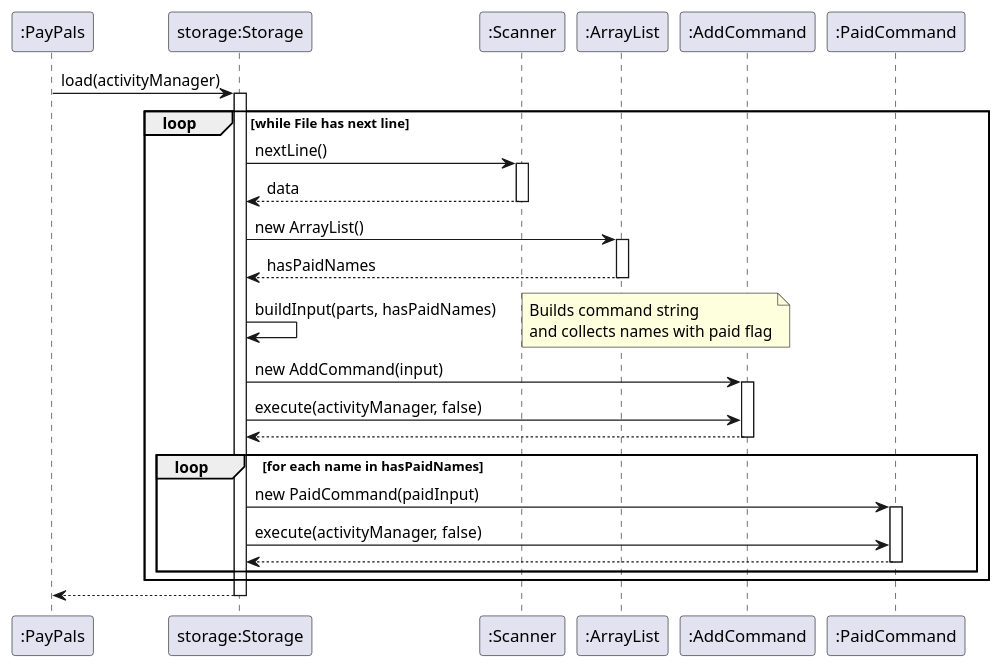
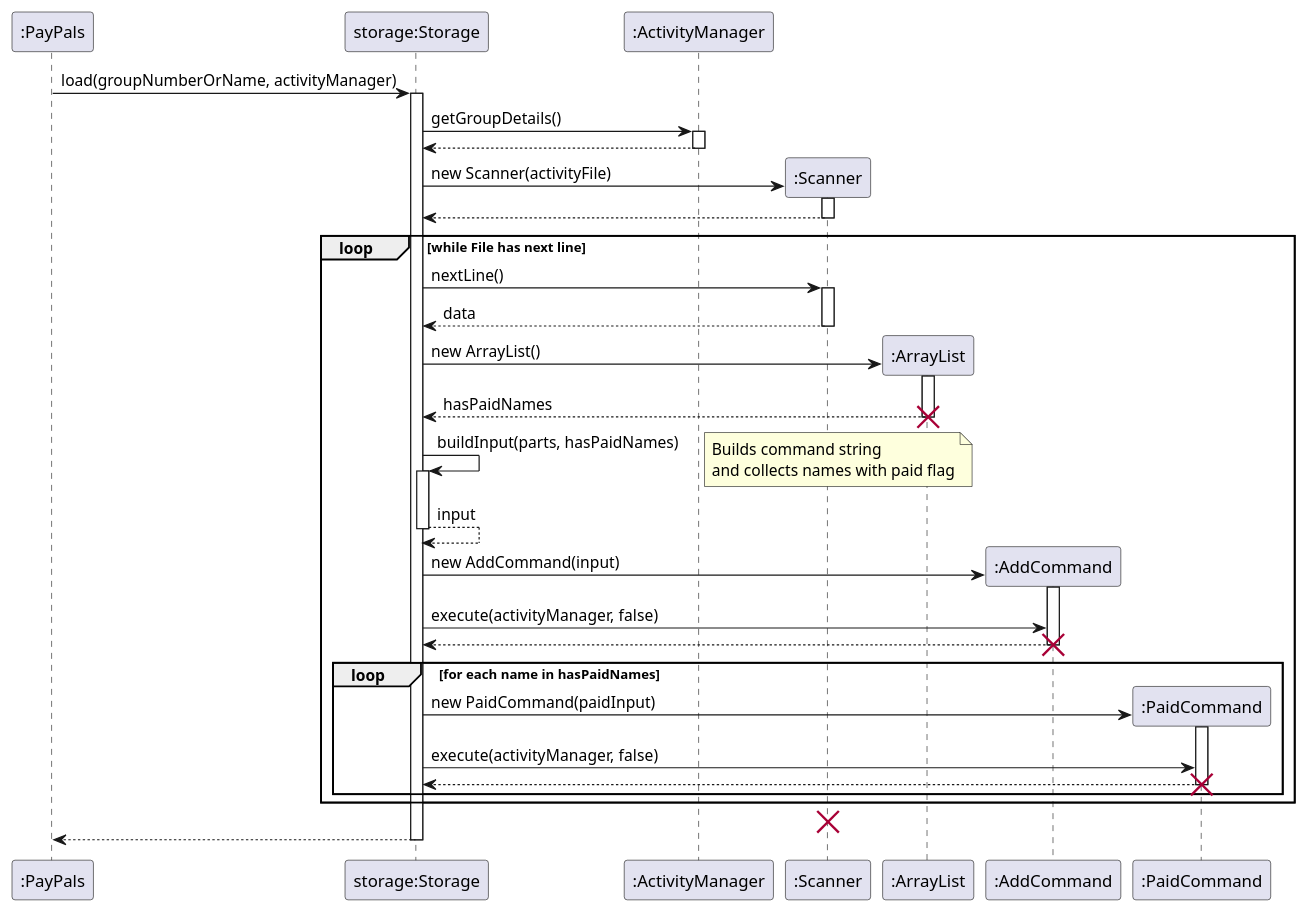
Before and after one commit to jing-yen/tp: the diagram in docs/diagrams/StorageLoad.puml, drawn with PlantUML. The commit also changed 4 other files, not shown here.

Commit message:
Update UML diagrams

```diff
--- a/docs/diagrams/StorageLoad.puml
+++ b/docs/diagrams/StorageLoad.puml
@@ -1,46 +1,54 @@
 @startuml
 
 participant ":PayPals" as PP
 participant "storage:Storage" as S
+participant ":ActivityManager" as AM
 participant ":Scanner" as Sc
 participant ":ArrayList" as AL
 participant ":AddCommand" as AC
 participant ":PaidCommand" as PC
 
-PP -> S: load(activityManager)
+PP -> S: load(groupNumberOrName, activityManager)
 activate S
+S -> AM: getGroupDetails()
+activate AM
+return
+S -> Sc **: new Scanner(activityFile)
+activate Sc
+return
+
 loop while File has next line
 
     S -> Sc: nextLine()
     activate Sc
+    return data
 
-    Sc --> S: data
-    deactivate Sc
-
-    S -> AL: new ArrayList()
+    S -> AL ** : new ArrayList()
     activate AL
-
-    AL --> S: hasPaidNames
-    deactivate AL
+    return hasPaidNames
+    destroy AL
 
     S -> S: buildInput(parts, hasPaidNames)
+    activate S
     note right: Builds command string\nand collects names with paid flag
+    return input
 
-    S -> AC: new AddCommand(input)
+    S -> AC ** : new AddCommand(input)
     activate AC
     S -> AC: execute(activityManager, false)
-    AC --> S
-    deactivate AC
+    return
+    destroy AC
 
     loop for each name in hasPaidNames
-        S -> PC: new PaidCommand(paidInput)
+        S -> PC **: new PaidCommand(paidInput)
         activate PC
         S -> PC: execute(activityManager, false)
-        PC --> S
-        deactivate PC
+        return
+        destroy PC
     end
 end
 
-S --> PP
-deactivate S
+destroy Sc
+return
+
 @enduml
```
